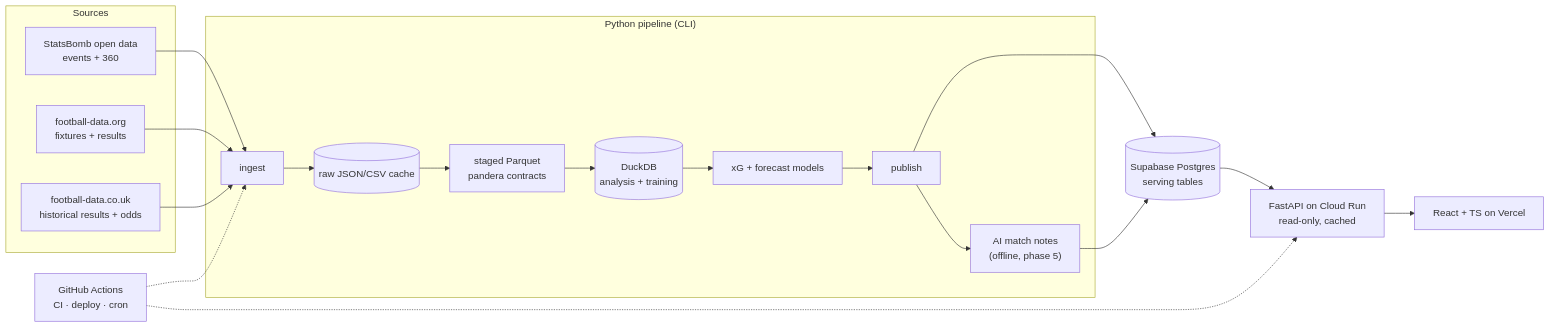
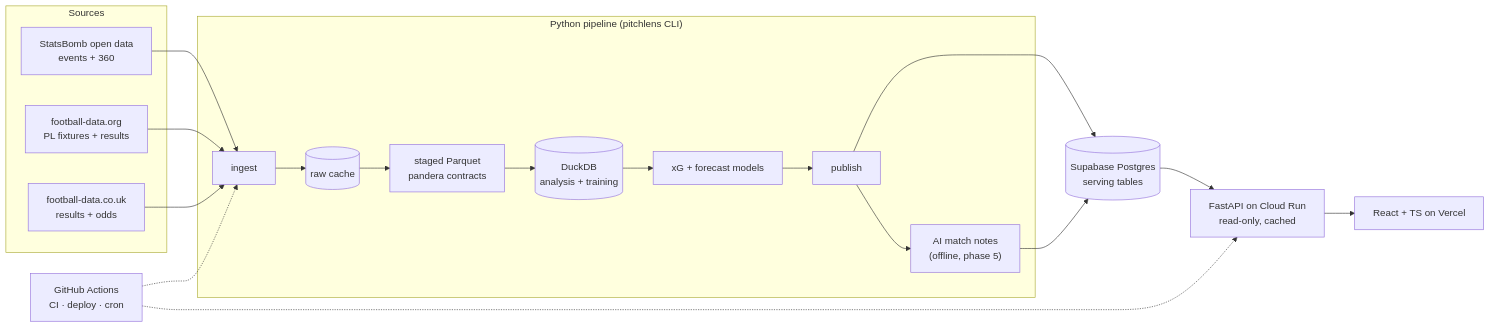
Before and after one commit to azeredo-99/PitchLens: the diagram in docs/SPEC.md, drawn with Mermaid. The commit also changed other lines of this file and 10 other files, not shown here.

````diff
--- a/docs/SPEC.md
+++ b/docs/SPEC.md
@@ -217,25 +231,25 @@
 ```mermaid
 flowchart LR
   subgraph S["Sources"]
     SB["StatsBomb open data<br/>events + 360"]
-    FD["football-data.org<br/>fixtures + results"]
-    FU["football-data.co.uk<br/>historical results + odds"]
+    FD["football-data.org<br/>PL fixtures + results"]
+    FU["football-data.co.uk<br/>results + odds"]
   end
-  subgraph P["Python pipeline (CLI)"]
-    ING["ingest"] --> RAW[("raw JSON/CSV cache")]
+  subgraph P["Python pipeline (pitchlens CLI)"]
+    ING["ingest"] --> RAW[("raw cache")]
     RAW --> STG["staged Parquet<br/>pandera contracts"]
     STG --> DDB[("DuckDB<br/>analysis + training")]
     DDB --> MOD["xG + forecast models"]
     MOD --> PUB["publish"]
     PUB --> NOTE["AI match notes<br/>(offline, phase 5)"]
   end
   SB --> ING
   FD --> ING
   FU --> ING
   PUB --> PG[("Supabase Postgres<br/>serving tables")]
   NOTE --> PG
   PG --> API["FastAPI on Cloud Run<br/>read-only, cached"]
   API --> WEB["React + TS on Vercel"]
   GHA["GitHub Actions<br/>CI · deploy · cron"] -.-> ING
   GHA -.-> API
 ```
````
